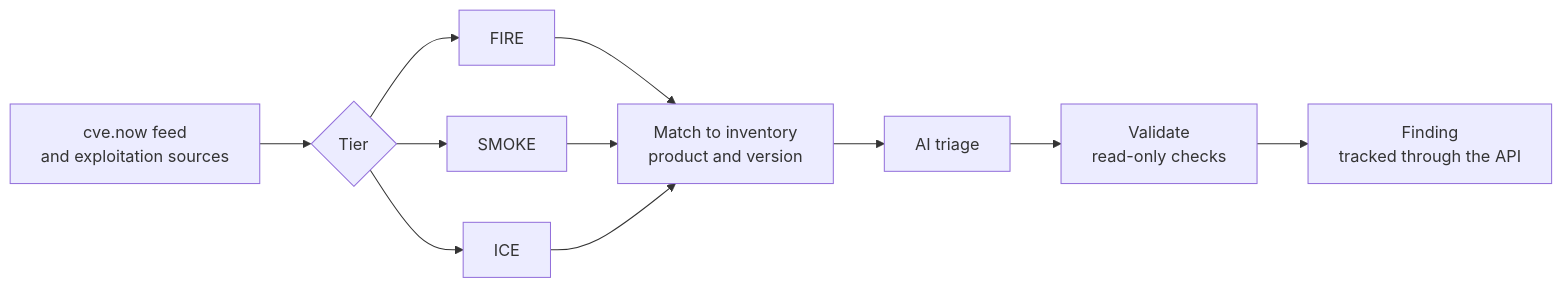
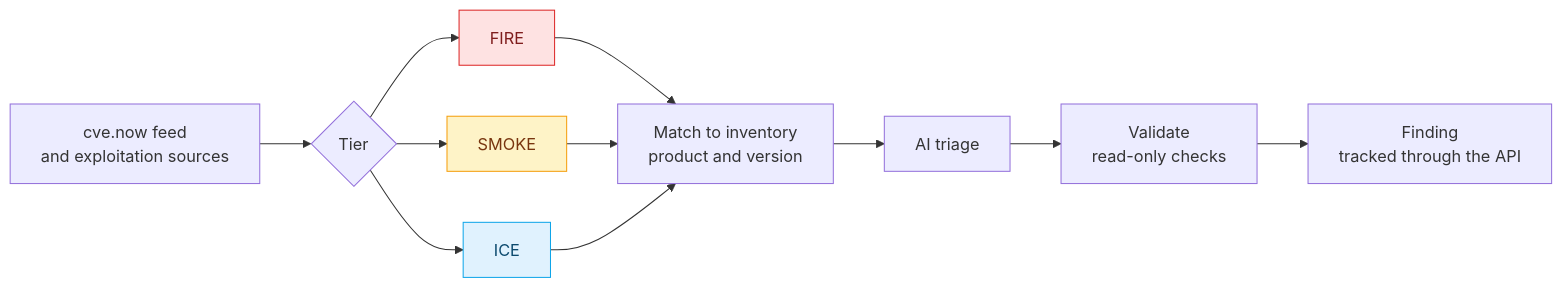
Before and after one commit to hevnsnt/CVEngine: the second of 2 diagrams in README.md, drawn with Mermaid. The commit also changed other lines of this file, not shown here.

Commit message:
README: compact four-phase pipeline diagram, colored tiers in the feed diagram

````diff
--- a/README.md
+++ b/README.md
@@ -85,13 +115,20 @@
 ```mermaid
 flowchart LR
     F["cve.now feed<br/>and exploitation sources"] --> T{"Tier"}
     T --> FIRE["FIRE"]
     T --> SMOKE["SMOKE"]
     T --> ICE["ICE"]
     FIRE --> M["Match to inventory<br/>product and version"]
     SMOKE --> M
     ICE --> M
     M --> V["AI triage"]
     V --> X["Validate<br/>read-only checks"]
     X --> OUT["Finding<br/>tracked through the API"]
+
+    classDef fire fill:#fee2e2,stroke:#dc2626,color:#7f1d1d
+    classDef smoke fill:#fef3c7,stroke:#f59e0b,color:#78350f
+    classDef ice fill:#e0f2fe,stroke:#0ea5e9,color:#0c4a6e
+    class FIRE fire
+    class SMOKE smoke
+    class ICE ice
 ```
````
